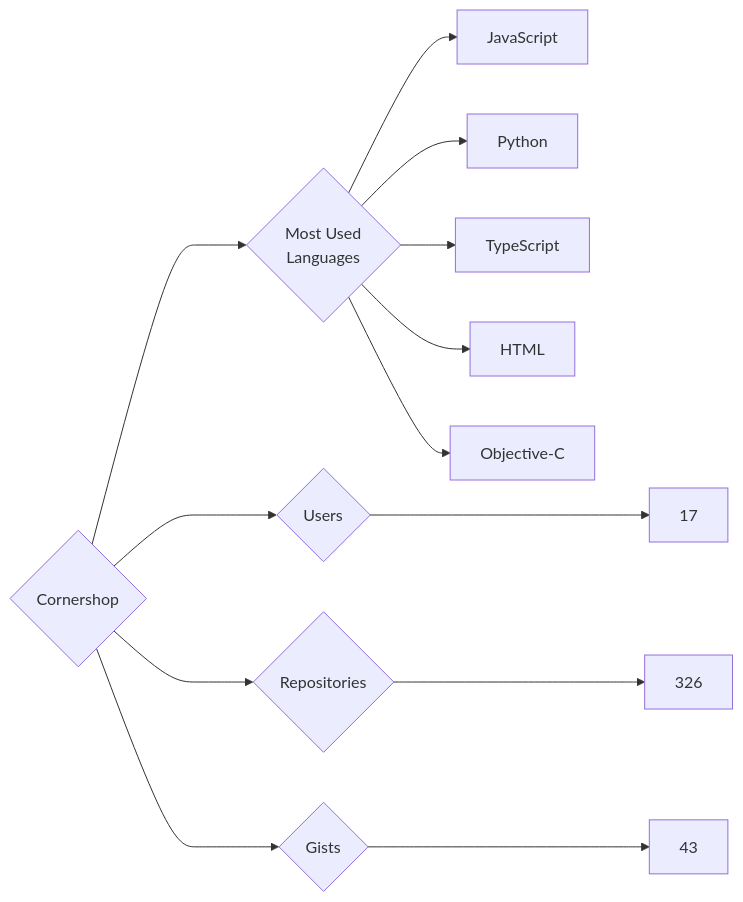
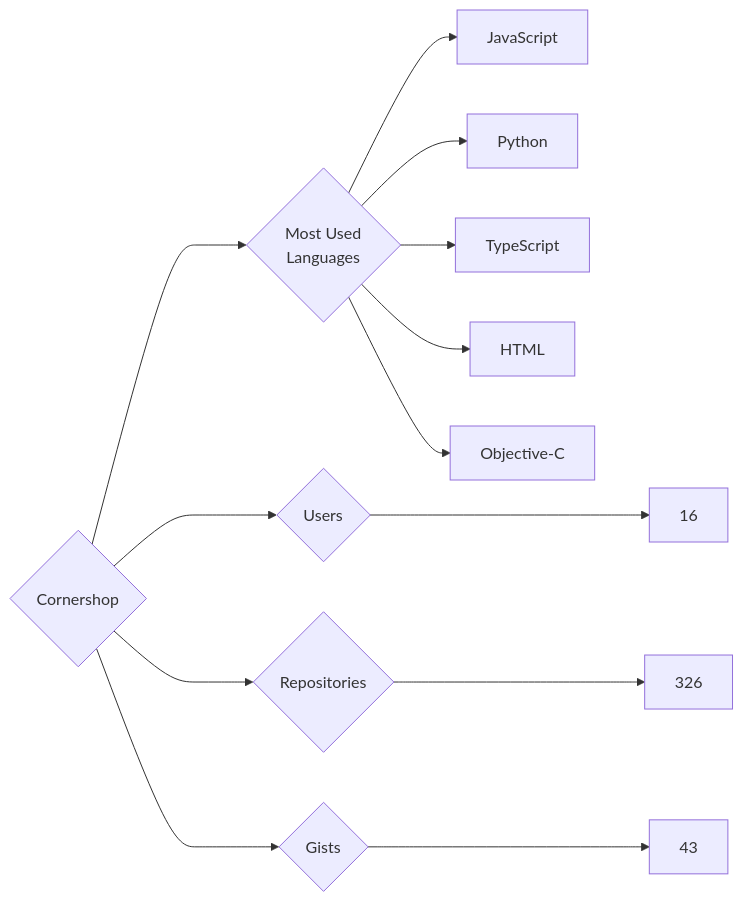
One commit to trickest/insiders changed the diagram in targets/Cornershop/README.md. Above: the diagram before and after it, drawn with Mermaid. The commit also changed 860 other files, not shown here.

````diff
--- a/targets/Cornershop/README.md
+++ b/targets/Cornershop/README.md
@@ -3,13 +3,13 @@
 ```mermaid
 graph LR
 COMPANY_NAME{Cornershop}
-COMPANY_NAME ---> U{Users} ---> UN[17]
+COMPANY_NAME ---> U{Users} ---> UN[16]
 COMPANY_NAME ---> R{Repositories} ---> RN[326]
 COMPANY_NAME ---> G{Gists} ---> GN[43]
 COMPANY_NAME ---> ML{Most Used<br>Languages}
 ML --> JavaScript[JavaScript]
 ML --> Python[Python]
 ML --> TypeScript[TypeScript]
 ML --> HTML[HTML]
 ML --> Objective-C[Objective-C]
 ```
````
